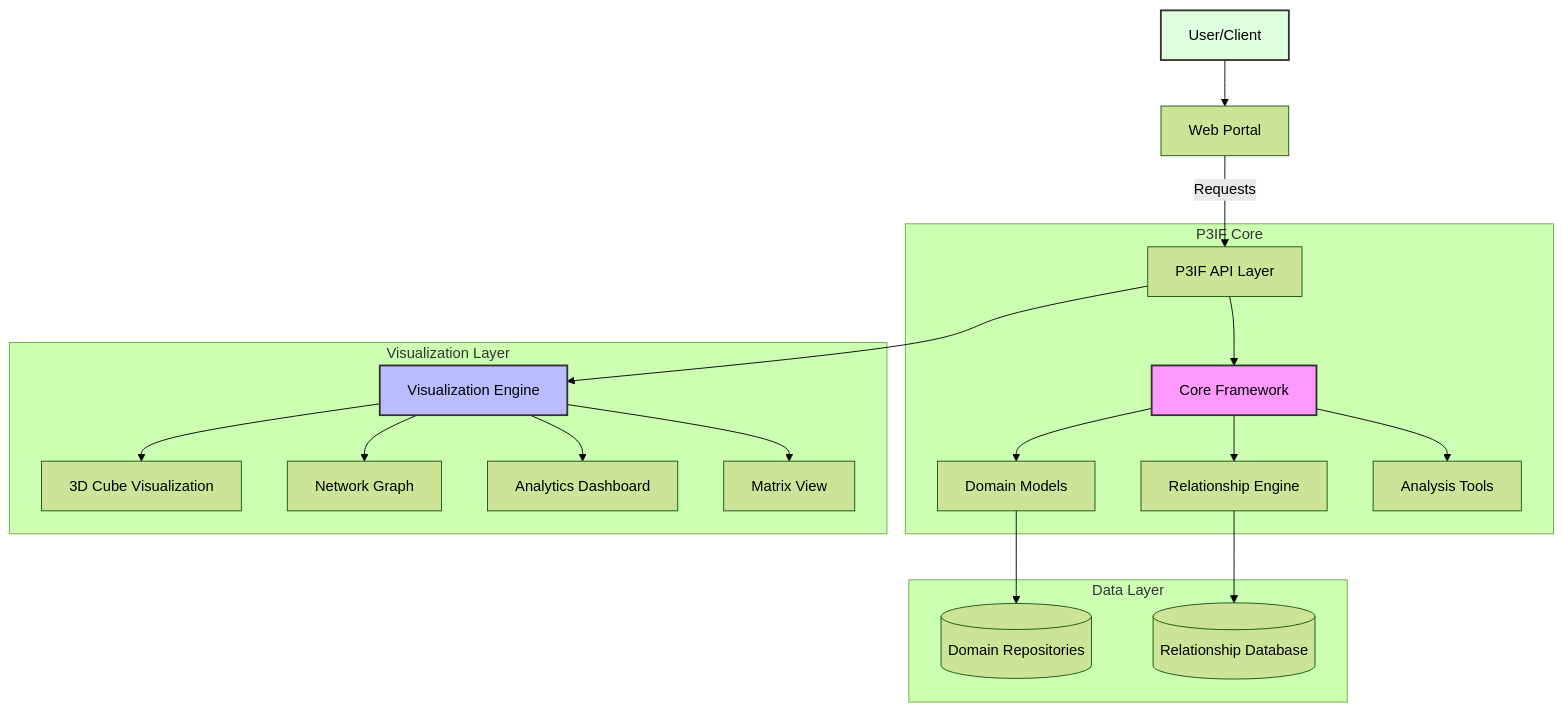
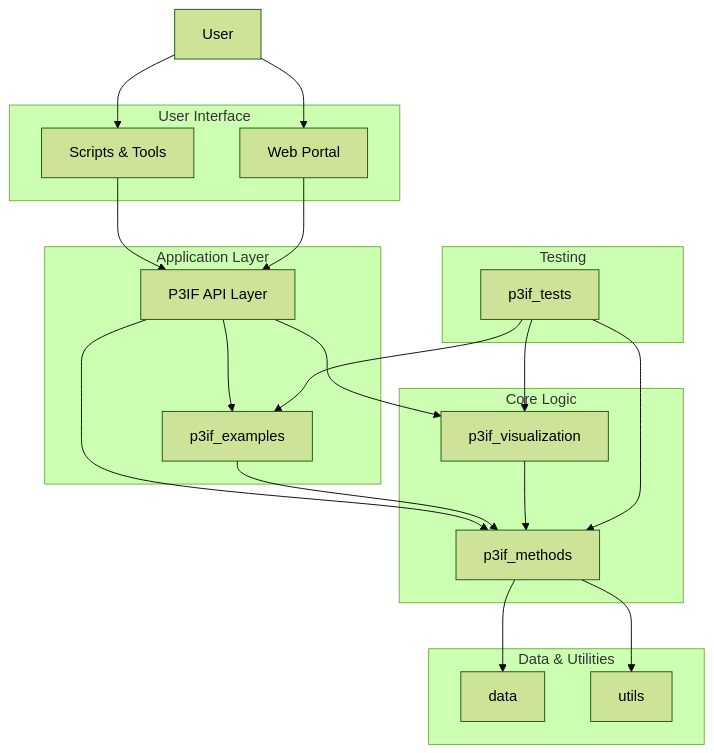
Before and after one commit to docxology/p3if: the diagram in README.md, drawn with Mermaid (forest theme). The commit also changed other lines of this file and 219 other files, not shown here.

````diff
--- a/README.md
+++ b/README.md
@@ -9,29 +29,44 @@
 ```mermaid
 graph TD
-    User[User/Client] --> Portal[Web Portal]
-    Portal --> |Requests| API[P3IF API Layer]
+    subgraph "User Interface"
+        CLI[Scripts & Tools]
+        Portal[Web Portal]
+    end
+
+    subgraph "Application Layer"
+        API[P3IF API Layer]
+        Examples[p3if_examples]
+    end
+
+    subgraph "Core Logic"
+        Methods[p3if_methods]
+        Visualization[p3if_visualization]
+    end
+
+    subgraph "Data & Utilities"
+        Data[data]
+        Utils[utils]
+    end
+
+    subgraph "Testing"
+        Tests[p3if_tests]
+    end
+
+    User --> CLI
+    User --> Portal
+    CLI --> API
+    Portal --> API
     
-    subgraph "P3IF Core"
-        API --> Core[Core Framework]
-        Core --> Models[Domain Models]
-        Core --> Relationships[Relationship Engine]
-        Core --> Analysis[Analysis Tools]
-    end
+    API --> Examples
+    API --> Methods
+    API --> Visualization
+
+    Examples --> Methods
+    Visualization --> Methods
+    Methods --> Data
+    Methods --> Utils
     
-    subgraph "Data Layer"
-        Models --> Domains[(Domain Repositories)]
-        Relationships --> RelationDB[(Relationship Database)]
-    end
-    
-    subgraph "Visualization Layer"
-        API --> Viz[Visualization Engine]
-        Viz --> Cube[3D Cube Visualization]
-        Viz --> Network[Network Graph]
-        Viz --> Dashboard[Analytics Dashboard]
-        Viz --> Matrix[Matrix View]
-    end
-    
-    style Core fill:#f9f,stroke:#333,stroke-width:2px
-    style Viz fill:#bbf,stroke:#333,stroke-width:2px
-    style User fill:#dfd,stroke:#333,stroke-width:2px
+    Tests --> Methods
+    Tests --> Visualization
+    Tests --> Examples
 ```
````
